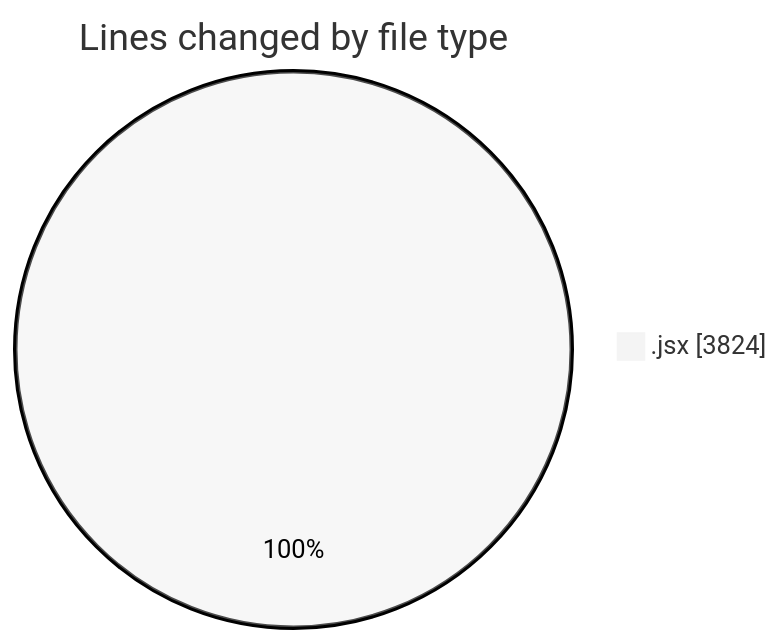
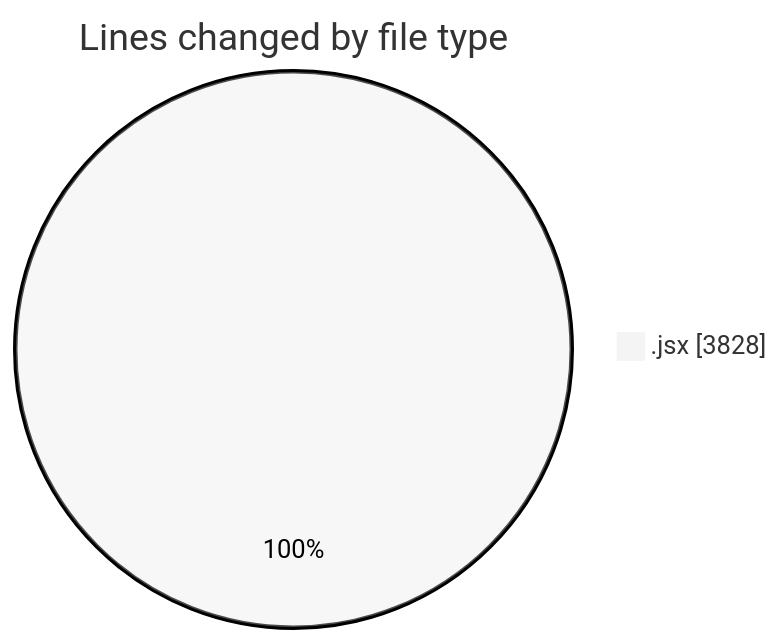
The first of 2 diagrams in 2025-10-14/nxtqube_webapp/README.md (nxtqubesakshisongat/code-tracking), drawn with Mermaid (neutral theme) before and after one commit. The commit also changed other lines of this file and 1 other file, not shown here.

````diff
--- a/2025-10-14/nxtqube_webapp/README.md
+++ b/2025-10-14/nxtqube_webapp/README.md
@@ -21,5 +21,5 @@
 ```mermaid
 pie showData
 title Lines changed by file type
-".jsx" : 3824
+".jsx" : 3828
 ```
````
